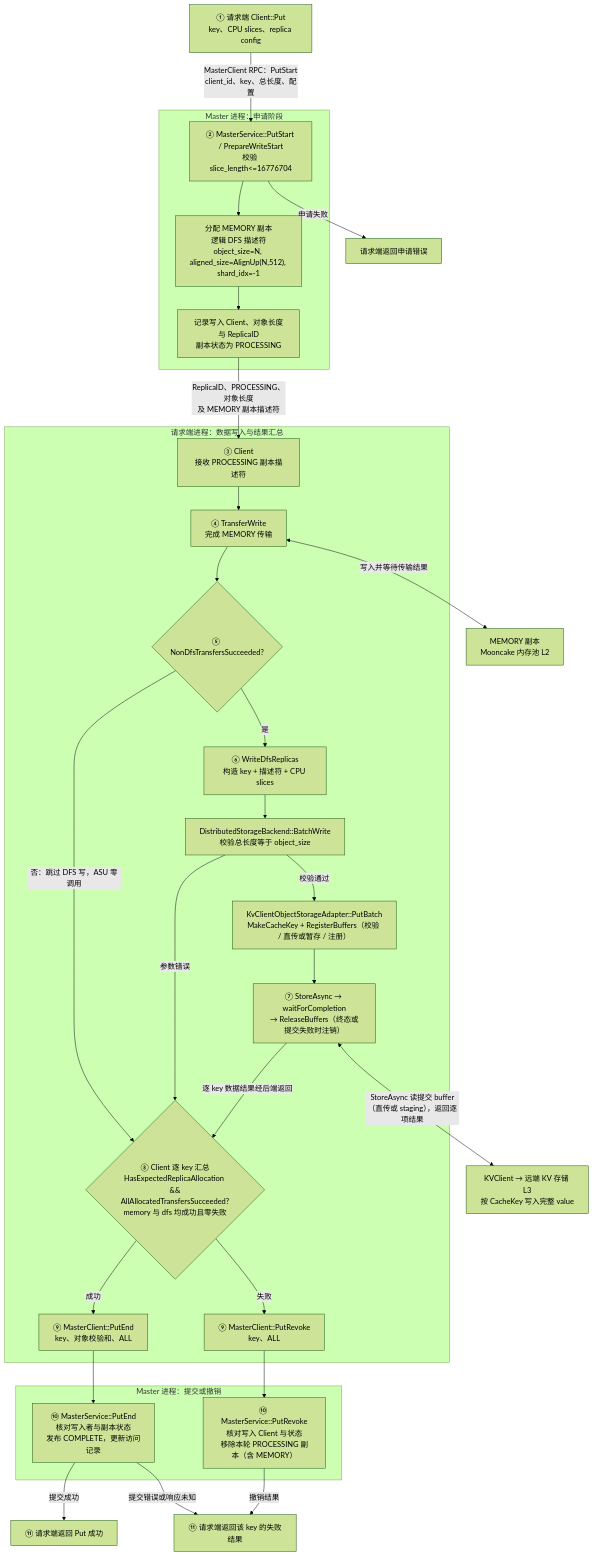
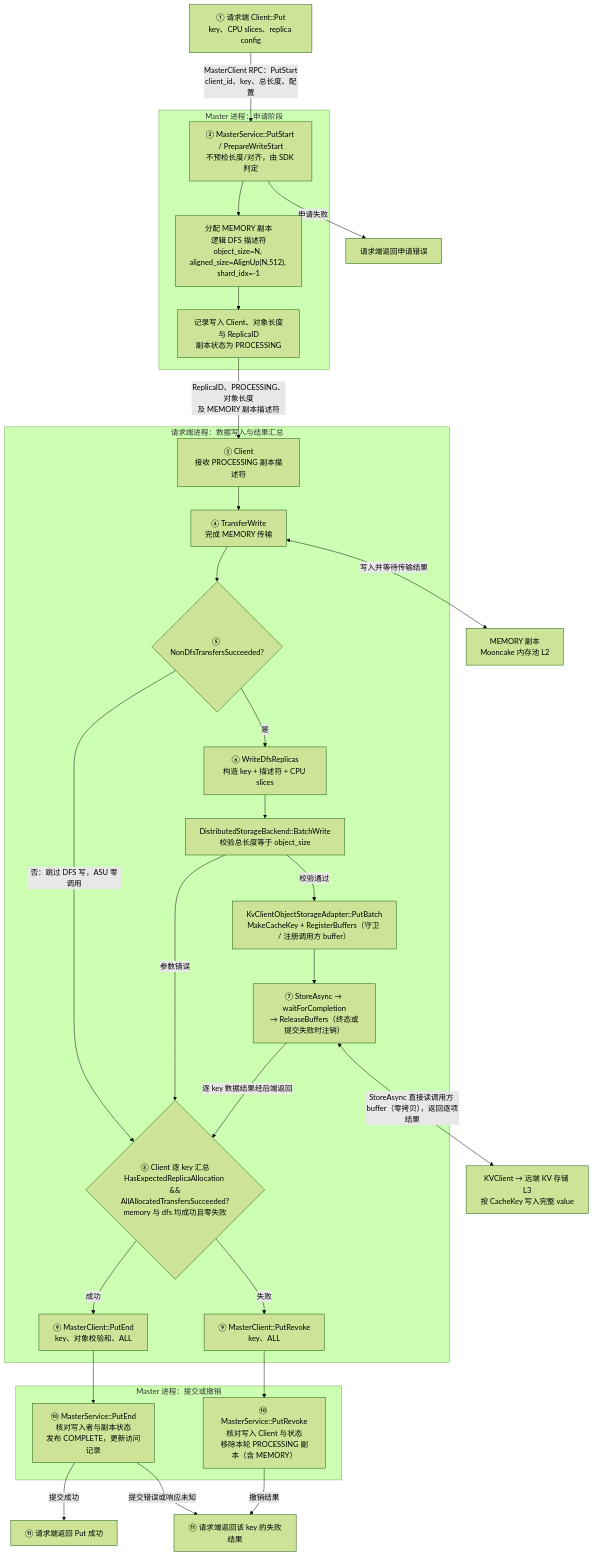
One commit to zwj20000328-dotcom/Mooncake-documents changed the fourth of 13 diagrams in Mooncake + KVClient L3 接入（Kvcs）- v3.md. Above: the diagram before and after it, drawn with Mermaid (forest theme). The commit also changed other lines of this file and 3 other files, not shown here.

````diff
--- a/Mooncake + KVClient L3 接入（Kvcs）- v3.md
+++ b/Mooncake + KVClient L3 接入（Kvcs）- v3.md
@@ -328,60 +330,60 @@
 ```mermaid
 flowchart TB
     C1["① 请求端 Client::Put<br/>key、CPU slices、replica config"]
 
     subgraph MasterStart["Master 进程：申请阶段"]
-        START["② MasterService::PutStart / PrepareWriteStart<br/>校验 slice_length<=16776704"]
+        START["② MasterService::PutStart / PrepareWriteStart<br/>不预检长度/对齐，由 SDK 判定"]
         ALLOC["分配 MEMORY 副本<br/>逻辑 DFS 描述符<br/>object_size=N, aligned_size=AlignUp(N,512), shard_idx=-1"]
         META["记录写入 Client、对象长度与 ReplicaID<br/>副本状态为 PROCESSING"]
 
         START --> ALLOC
         ALLOC --> META
     end
 
     subgraph Request["请求端进程：数据写入与结果汇总"]
         C2["③ Client<br/>接收 PROCESSING 副本描述符"]
         T["④ TransferWrite<br/>完成 MEMORY 传输"]
         GATE{"⑤ NonDfsTransfersSucceeded?"}
         W["⑥ WriteDfsReplicas<br/>构造 key + 描述符 + CPU slices"]
         B["DistributedStorageBackend::BatchWrite<br/>校验总长度等于 object_size"]
-        O["KvClientObjectStorageAdapter::PutBatch<br/>MakeCacheKey + RegisterBuffers（校验 / 直传或暂存 / 注册）"]
+        O["KvClientObjectStorageAdapter::PutBatch<br/>MakeCacheKey + RegisterBuffers（守卫 / 注册调用方 buffer）"]
         D["⑦ StoreAsync → waitForCompletion<br/>→ ReleaseBuffers（终态或提交失败时注销）"]
         J{"⑧ Client 逐 key 汇总<br/>HasExpectedReplicaAllocation &&<br/>AllAllocatedTransfersSucceeded?<br/>memory 与 dfs 均成功且零失败"}
         END["⑨ MasterClient::PutEnd<br/>key、对象校验和、ALL"]
         REVOKE["⑨ MasterClient::PutRevoke<br/>key、ALL"]
 
         C2 --> T
         T --> GATE
         GATE -->|"是"| W
         GATE -->|"否：跳过 DFS 写，ASU 零调用"| J
         W --> B
         B -->|"校验通过"| O
         B -->|"参数错误"| J
         O --> D
         D -->|"逐 key 数据结果经后端返回"| J
         J -->|"成功"| END
         J -->|"失败"| REVOKE
     end
 
     subgraph MasterFinish["Master 进程：提交或撤销"]
         COMMIT["⑩ MasterService::PutEnd<br/>核对写入者与副本状态<br/>发布 COMPLETE，更新访问记录"]
         ABORT["⑩ MasterService::PutRevoke<br/>核对写入 Client 与状态<br/>移除本轮 PROCESSING 副本（含 MEMORY）"]
     end
 
     OK["⑪ 请求端返回 Put 成功"]
     FAIL["⑪ 请求端返回该 key 的失败结果"]
     REJECT["请求端返回申请错误"]
     RAM["MEMORY 副本<br/>Mooncake 内存池 L2"]
     S["KVClient → 远端 KV 存储 L3<br/>按 CacheKey 写入完整 value"]
 
     C1 -->|"MasterClient RPC：PutStart<br/>client_id、key、总长度、配置"| START
     START -->|"申请失败"| REJECT
     META -->|"ReplicaID、PROCESSING、对象长度<br/>及 MEMORY 副本描述符"| C2
     T <-->|"写入并等待传输结果"| RAM
-    D <-->|"StoreAsync 读提交 buffer（直传或 staging），返回逐项结果"| S
+    D <-->|"StoreAsync 直接读调用方 buffer（零拷贝），返回逐项结果"| S
     END --> COMMIT
     COMMIT -->|"提交成功"| OK
     COMMIT -->|"提交错误或响应未知"| FAIL
     REVOKE --> ABORT
     ABORT -->|"撤销结果"| FAIL
 ```
````
